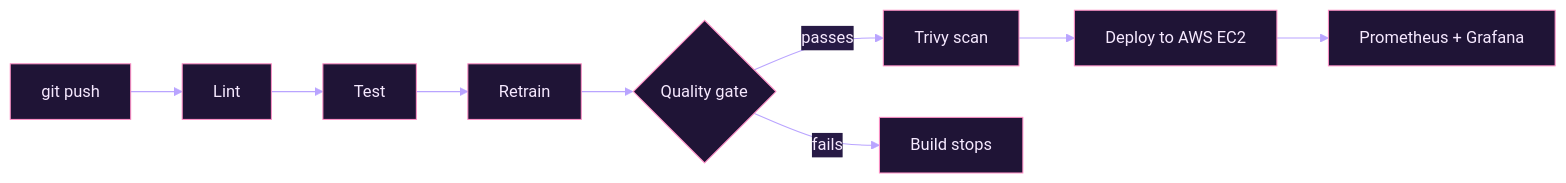
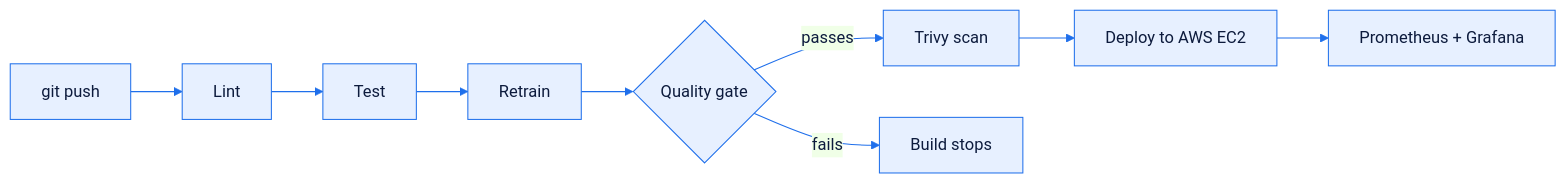
One commit to ruchitasingla/ruchitasingla changed the diagram in README.md. Above: the diagram before and after it, drawn with Mermaid. The commit also changed other lines of this file, not shown here.

````diff
--- a/README.md
+++ b/README.md
@@ -112,12 +129,12 @@
 ```mermaid
-%%{init: {"theme":"base","themeVariables":{"primaryColor":"#1F1436","primaryBorderColor":"#FF8FC7","primaryTextColor":"#F6E9FF","lineColor":"#B9A4FF","secondaryColor":"#271A45","tertiaryColor":"#150D26"}}}%%
+%%{init: {"theme":"base","themeVariables":{"primaryColor":"#E7F0FF","primaryBorderColor":"#1F6FEB","primaryTextColor":"#0D1B3D","lineColor":"#1F6FEB"}}}%%
 flowchart LR
     A[git push] --> B[Lint]
     B --> C[Test]
     C --> D[Retrain]
     D --> E{Quality gate}
     E -->|passes| F[Trivy scan]
     F --> G[Deploy to AWS EC2]
     G --> H[Prometheus + Grafana]
     E -->|fails| X[Build stops]
 ```
````
